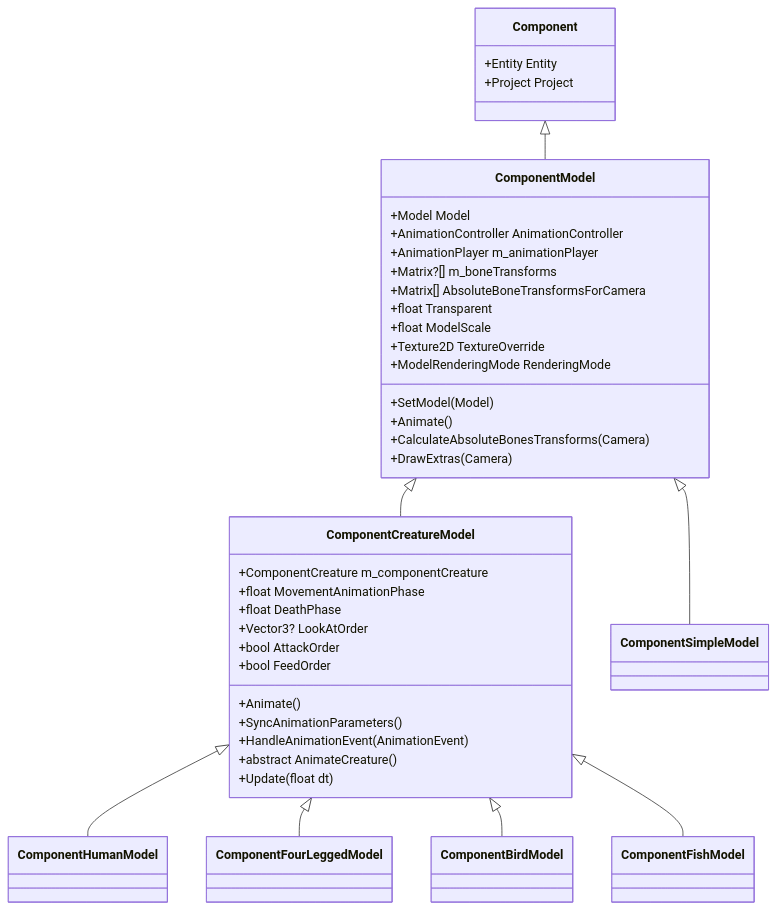
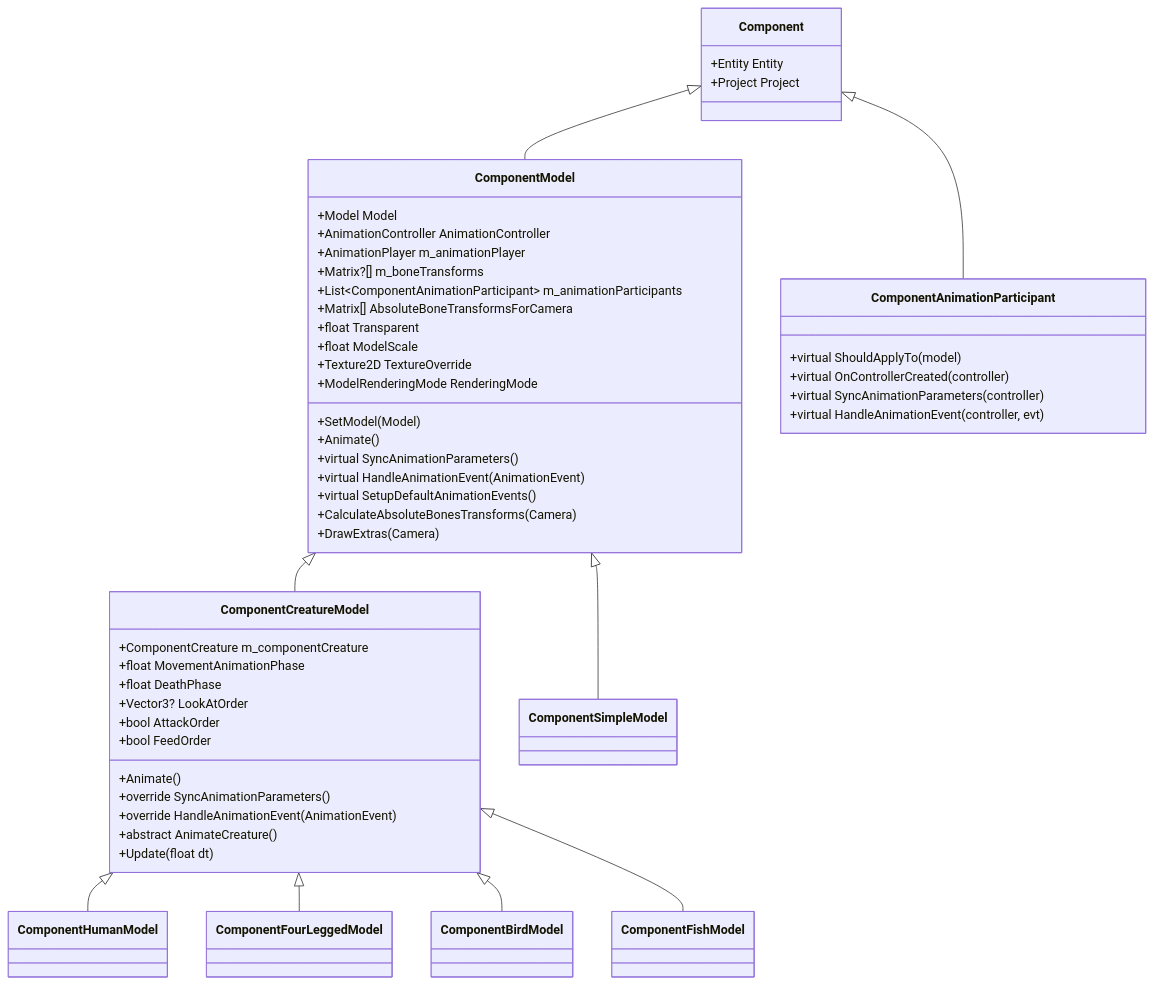
Before and after one commit to YYLMZXC/SurvivalCraftAPI: the fourth of 9 diagrams in docs/CreatureModelSystem.md, drawn with Mermaid. The commit also changed other lines of this file and 5 other files, not shown here.

First line of the commit message:
feat(animation): 新增 ComponentAnimationParticipant 动画参与者机制

````diff
--- a/docs/CreatureModelSystem.md
+++ b/docs/CreatureModelSystem.md
@@ -282,51 +289,63 @@
 ```mermaid
 classDiagram
     class Component {
         +Entity Entity
         +Project Project
     }
 
     class ComponentModel {
         +Model Model
         +AnimationController AnimationController
         +AnimationPlayer m_animationPlayer
         +Matrix?[] m_boneTransforms
+        +List~ComponentAnimationParticipant~ m_animationParticipants
         +Matrix[] AbsoluteBoneTransformsForCamera
         +float Transparent
         +float ModelScale
         +Texture2D TextureOverride
         +ModelRenderingMode RenderingMode
         +SetModel(Model)
         +Animate()
+        +virtual SyncAnimationParameters()
+        +virtual HandleAnimationEvent(AnimationEvent)
+        +virtual SetupDefaultAnimationEvents()
         +CalculateAbsoluteBonesTransforms(Camera)
         +DrawExtras(Camera)
     }
 
     class ComponentCreatureModel {
         +ComponentCreature m_componentCreature
         +float MovementAnimationPhase
         +float DeathPhase
         +Vector3? LookAtOrder
         +bool AttackOrder
         +bool FeedOrder
         +Animate()
-        +SyncAnimationParameters()
-        +HandleAnimationEvent(AnimationEvent)
+        +override SyncAnimationParameters()
+        +override HandleAnimationEvent(AnimationEvent)
         +abstract AnimateCreature()
         +Update(float dt)
+    }
+
+    class ComponentAnimationParticipant {
+        +virtual ShouldApplyTo(model)
+        +virtual OnControllerCreated(controller)
+        +virtual SyncAnimationParameters(controller)
+        +virtual HandleAnimationEvent(controller, evt)
     }
 
     class ComponentHumanModel
     class ComponentFourLeggedModel
     class ComponentBirdModel
     class ComponentFishModel
     class ComponentSimpleModel
 
     Component <|-- ComponentModel
     ComponentModel <|-- ComponentCreatureModel
     ComponentModel <|-- ComponentSimpleModel
     ComponentCreatureModel <|-- ComponentHumanModel
     ComponentCreatureModel <|-- ComponentFourLeggedModel
     ComponentCreatureModel <|-- ComponentBirdModel
     ComponentCreatureModel <|-- ComponentFishModel
+    Component <|-- ComponentAnimationParticipant
 ```
````
